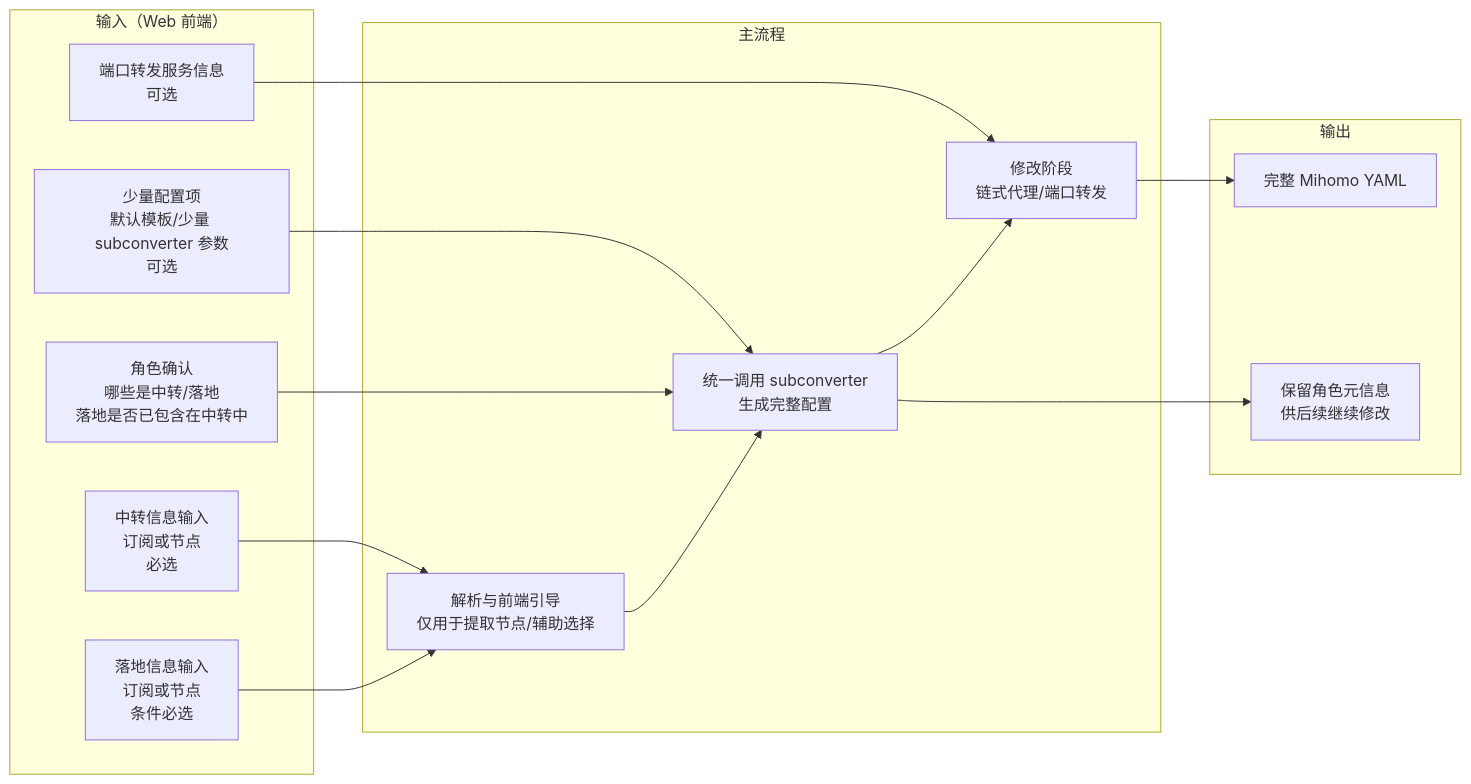
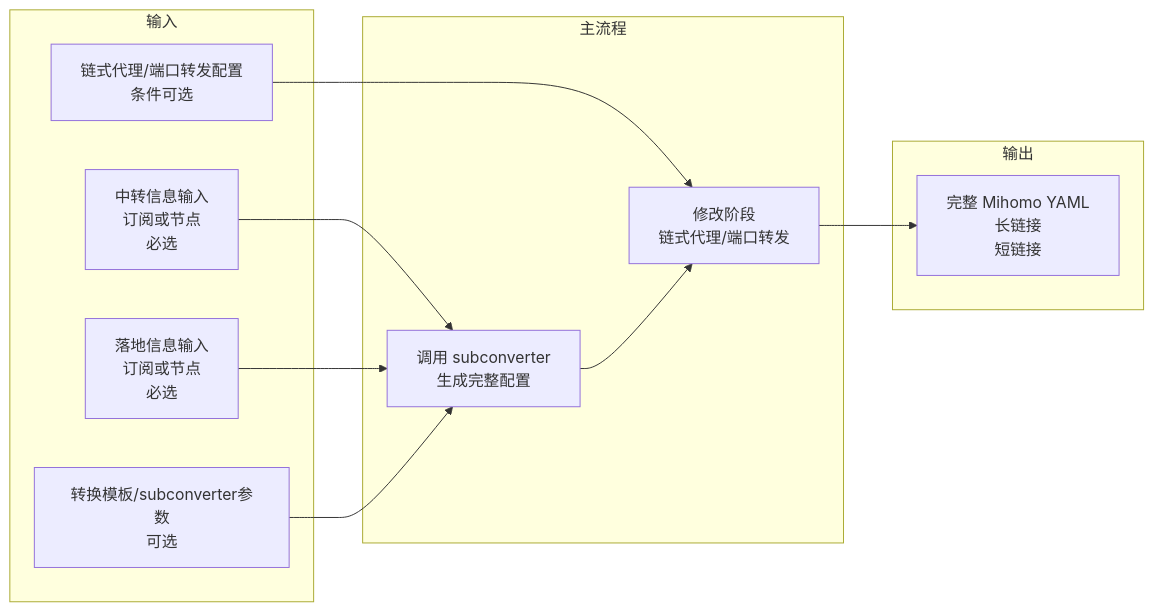
One commit to slackworker/chain-subconverter changed the diagram in docs/legacy/01-overview.md. Above: the diagram before and after it, drawn with Mermaid.

Commit message:
docs: update legacy overview documentation

````diff
--- a/docs/legacy/01-overview.md
+++ b/docs/legacy/01-overview.md
@@ -33,31 +33,25 @@
 ```mermaid
 flowchart LR
-  subgraph Input[输入（Web 前端）]
+  subgraph Input[输入]
     T[中转信息输入<br/>订阅或节点<br/>必选]
-    L[落地信息输入<br/>订阅或节点<br/>条件必选]
-    C[少量配置项<br/>默认模板/少量 subconverter 参数<br/>可选]
-    F[端口转发服务信息<br/>可选]
-    R[角色确认<br/>哪些是中转/落地<br/>落地是否已包含在中转中]
+    L[落地信息输入<br/>订阅或节点<br/>必选]
+    C[转换模板/subconverter参数<br/>可选]
+    P[链式代理/端口转发配置<br/>条件可选]
   end
 
   subgraph Flow[主流程]
-    P[解析与前端引导<br/>仅用于提取节点/辅助选择]
-    S[统一调用 subconverter<br/>生成完整配置]
+    S[调用 subconverter<br/>生成完整配置]
     M[修改阶段<br/>链式代理/端口转发]
   end
 
   subgraph Output[输出]
-    O[完整 Mihomo YAML]
-    K[保留角色元信息<br/>供后续继续修改]
+    O[完整 Mihomo YAML<br/>长链接<br/>短链接]
   end
 
-  T --> P
-  L --> P
+  T --> S
+  L --> S
   C --> S
-  R --> S
-  P --> S
-  F --> M
+  P --> M
   S --> M
-  S --> K
   M --> O
 ```
````
